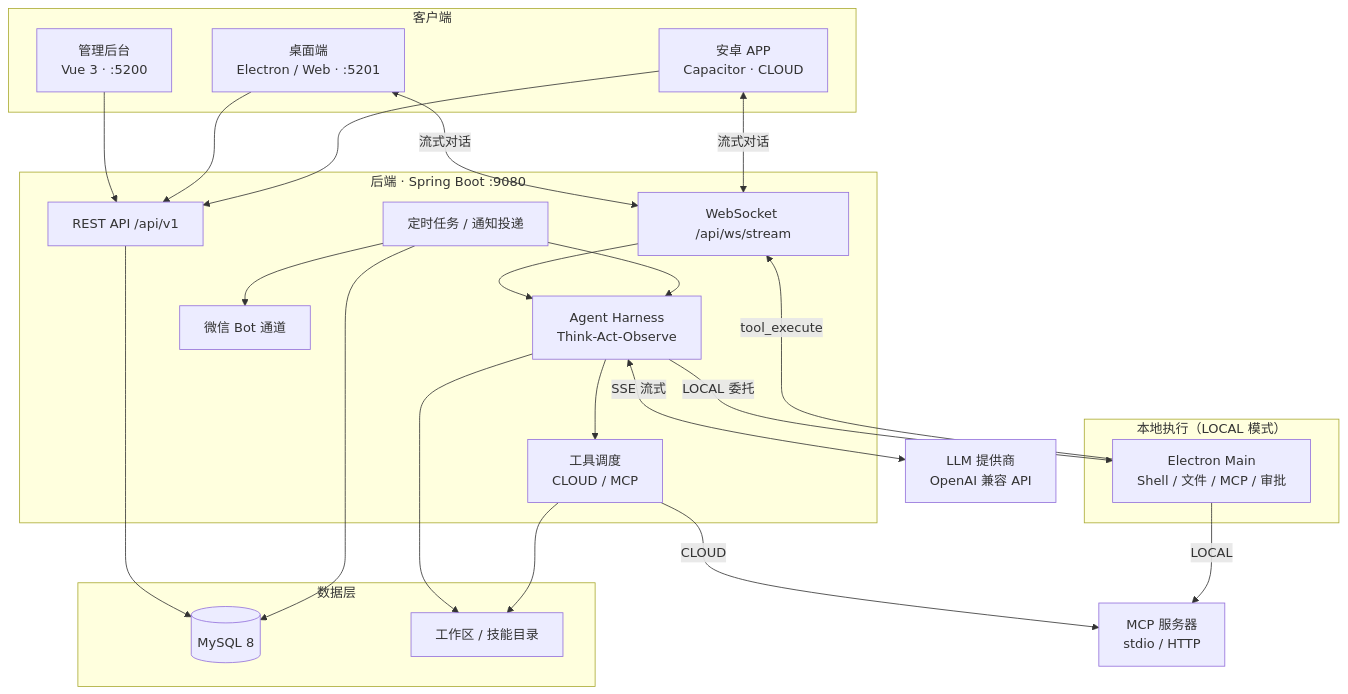
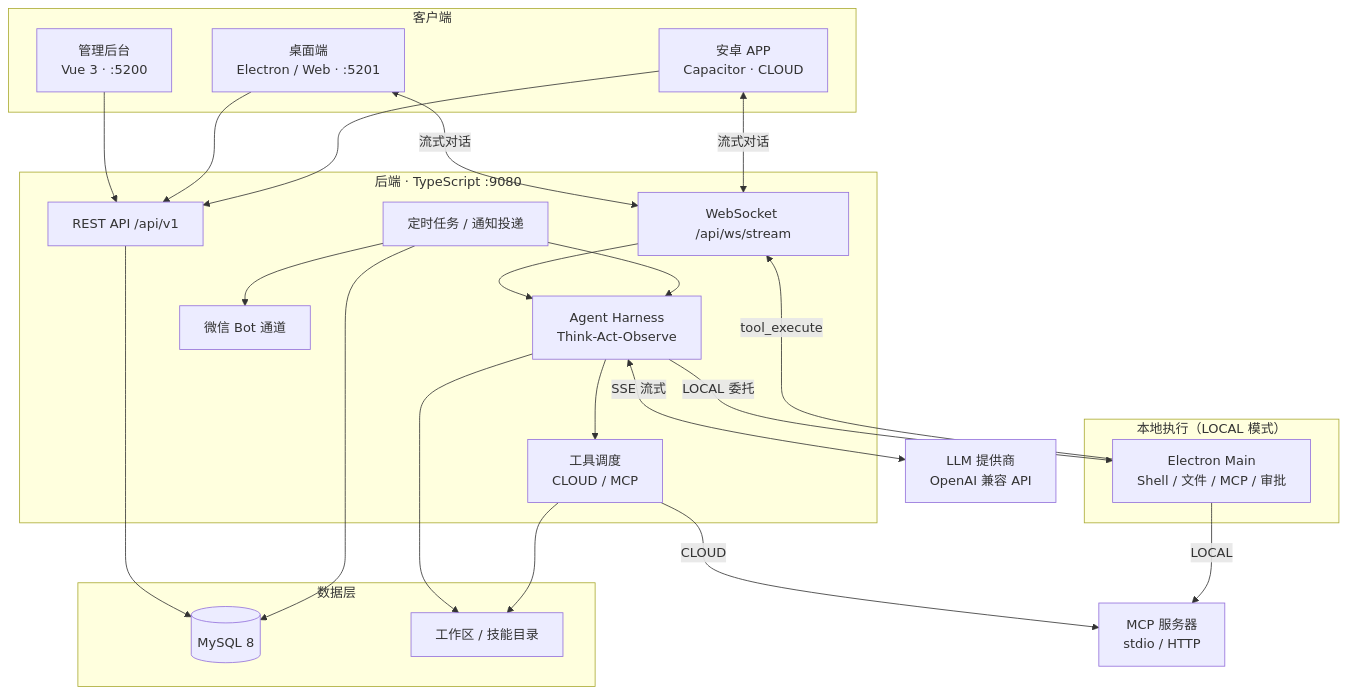
One commit to DC-ET/mao changed the diagram in README.md. Above: the diagram before and after it, drawn with Mermaid. The commit also changed other lines of this file and 523 other files, not shown here.

First line of the commit message:
refactor(backend): 移除 Java 后端并统一为 TypeScript 后端

````diff
--- a/README.md
+++ b/README.md
@@ -76,48 +76,48 @@
 ```mermaid
 flowchart TB
     subgraph clients["客户端"]
         Admin["管理后台<br/>Vue 3 · :5200"]
         Desktop["桌面端<br/>Electron / Web · :5201"]
         Android["安卓 APP<br/>Capacitor · CLOUD"]
     end
 
-    subgraph backend["后端 · Spring Boot :9080"]
+    subgraph backend["后端 · TypeScript :9080"]
         API["REST API /api/v1"]
         WS["WebSocket /api/ws/stream"]
         Harness["Agent Harness<br/>Think-Act-Observe"]
         Tools["工具调度<br/>CLOUD / MCP"]
         Scheduler["定时任务 / 通知投递"]
         Weixin["微信 Bot 通道"]
     end
 
     subgraph local["本地执行（LOCAL 模式）"]
         Electron["Electron Main<br/>Shell / 文件 / MCP / 审批"]
     end
 
     subgraph data["数据层"]
         MySQL[(MySQL 8)]
         Workspace["工作区 / 技能目录"]
     end
 
     LLM["LLM 提供商<br/>OpenAI 兼容 API"]
     MCP["MCP 服务器<br/>stdio / HTTP"]
 
     Admin --> API
     Desktop --> API
     Android --> API
     Desktop <-->|流式对话| WS
     Android <-->|流式对话| WS
     WS --> Harness
     Harness --> Tools
     Tools -->|CLOUD| MCP
     Electron -->|LOCAL| MCP
     Scheduler --> Harness
     Scheduler --> Weixin
     Harness -->|LOCAL 委托| Electron
     Electron -->|tool_execute| WS
     Harness <-->|SSE 流式| LLM
     API --> MySQL
     Scheduler --> MySQL
     Harness --> Workspace
     Tools --> Workspace
 ```
````
